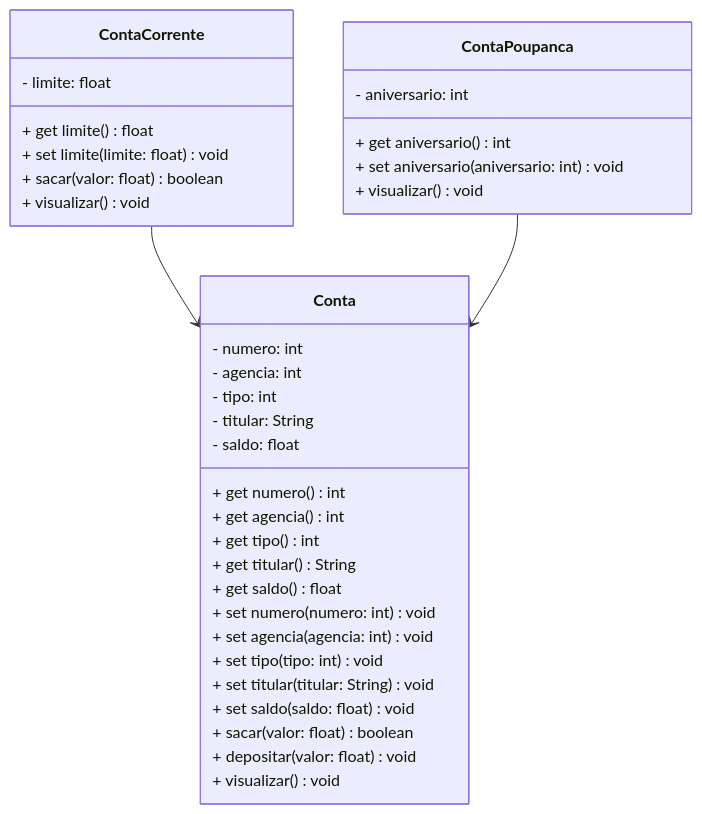
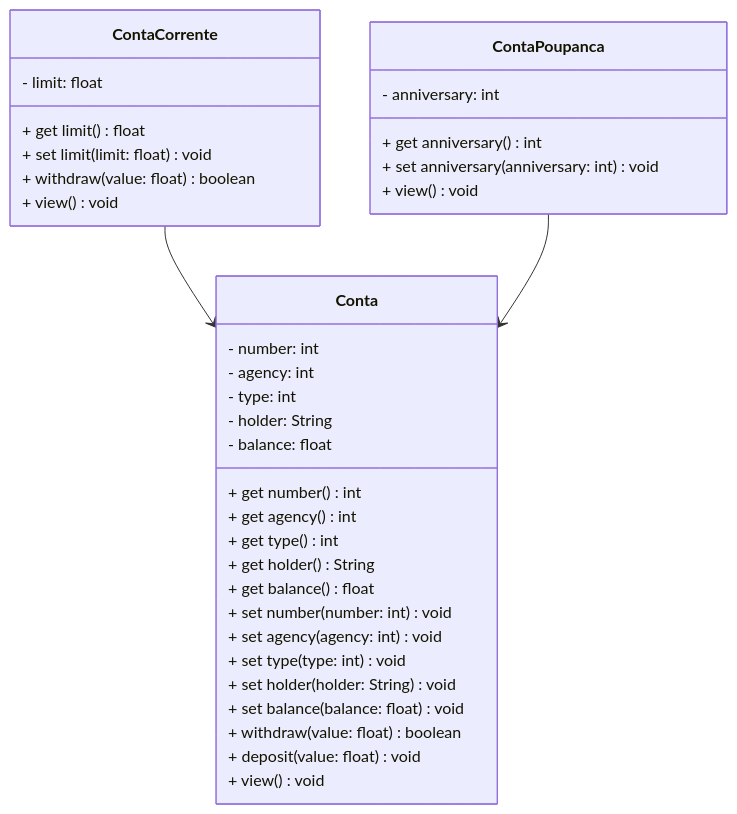
One commit to queren-alves/conta_bancaria changed the diagram in README.md. Above: the diagram before and after it, drawn with Mermaid. The commit also changed other lines of this file and 4 other files, not shown here.

````diff
--- a/README.md
+++ b/README.md
@@ -71,38 +71,38 @@
 ```mermaid
 classDiagram
 class Conta {
-  - numero: int
-  - agencia: int
-  - tipo: int
-  - titular: String
-  - saldo: float
-  + get numero() int
-  + get agencia() int
-  + get tipo() int
-  + get titular() String
-  + get saldo() float
-  + set numero(numero: int) void
-  + set agencia(agencia: int) void
-  + set tipo(tipo: int) void
-  + set titular(titular: String) void
-  + set saldo(saldo: float) void
-  + sacar(valor: float) boolean
-  + depositar(valor: float) void
-  + visualizar() void
+  - number: int
+  - agency: int
+  - type: int
+  - holder: String
+  - balance: float
+  + get number() int
+  + get agency() int
+  + get type() int
+  + get holder() String
+  + get balance() float
+  + set number(number: int) void
+  + set agency(agency: int) void
+  + set type(type: int) void
+  + set holder(holder: String) void
+  + set balance(balance: float) void
+  + withdraw(value: float) boolean
+  + deposit(value: float) void
+  + view() void
 }
 class ContaCorrente {
-  - limite: float
-  + get limite() float
-  + set limite(limite: float) void
-  + sacar(valor: float) boolean
-  + visualizar() void
+  - limit: float
+  + get limit() float
+  + set limit(limit: float) void
+  + withdraw(value: float) boolean
+  + view() void
 }
 class ContaPoupanca {
-  - aniversario: int
-  + get aniversario() int
-  + set aniversario(aniversario: int) void
-  + visualizar() void
+  - anniversary: int
+  + get anniversary() int
+  + set anniversary(anniversary: int) void
+  + view() void
 }
 ContaCorrente --> Conta
 ContaPoupanca --> Conta
 ```
````
